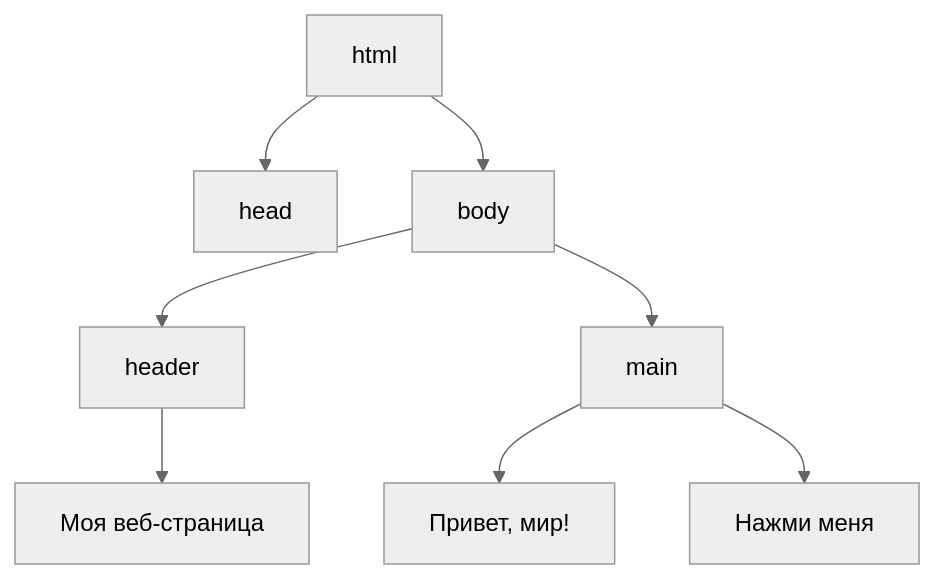
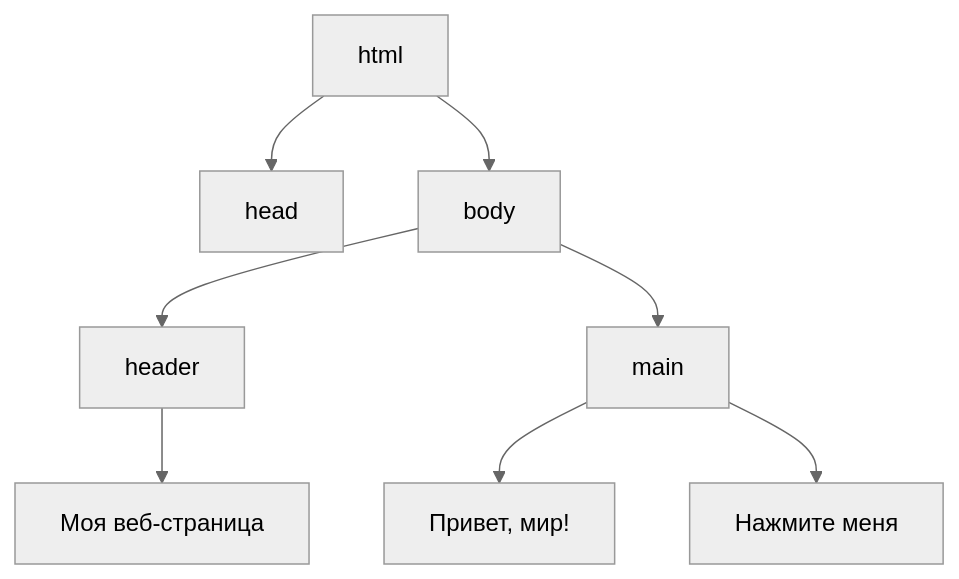
Before and after one commit to Spirzen/it-knowledge-base: the third of 3 diagrams in docs/encyclopedia/9-spinoff/9-11-dlya-detey/4-programmy/6.md, drawn with Mermaid (neutral theme). The commit also changed other lines of this file and 1180 other files, not shown here.

````diff
--- a/docs/encyclopedia/9-spinoff/9-11-dlya-detey/4-programmy/6.md
+++ b/docs/encyclopedia/9-spinoff/9-11-dlya-detey/4-programmy/6.md
@@ -410,10 +407,10 @@
 ```mermaid
 graph TD
     A[html] --> B[head]
     A --> C[body]
     C --> D[header]
     D --> E[Моя веб-страница]
     C --> F[main]
     F --> G[Привет, мир!]
-    F --> H[Нажми меня]
+    F --> H[Нажмите меня]
 ```
````
